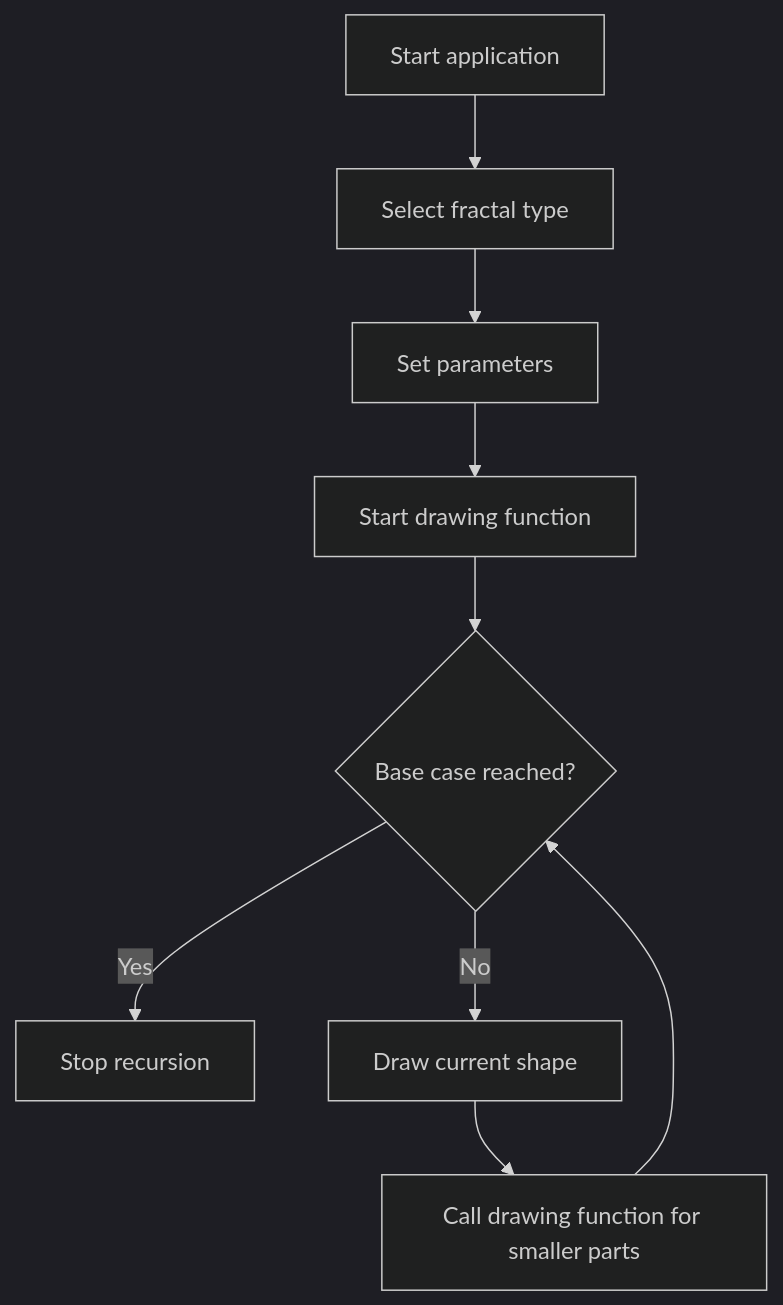
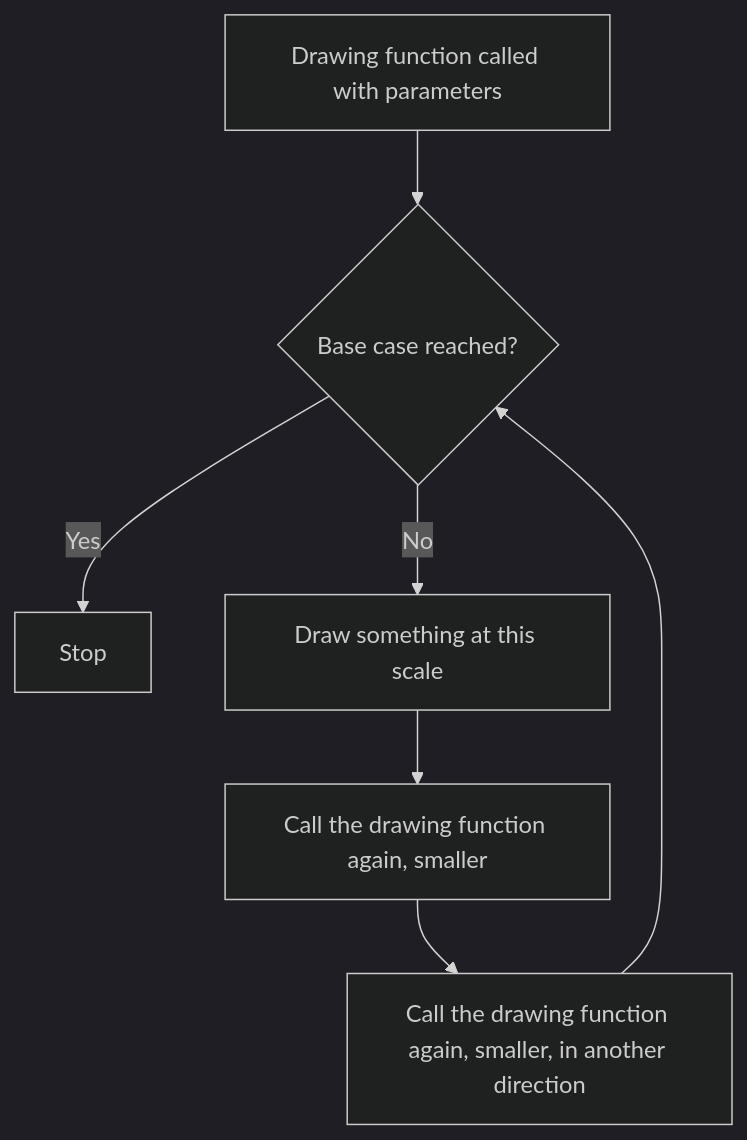
Before and after one commit to rmalkevy/Programming-Practice-Projects: the diagram in labs/lab-08-fractal-generator.md, drawn with Mermaid (dark theme). The commit also changed other lines of this file and 3 other files, not shown here.

````diff
--- a/labs/lab-08-fractal-generator.md
+++ b/labs/lab-08-fractal-generator.md
@@ -37,11 +48,9 @@
 ```mermaid
 flowchart TD
-    A[Start application] --> B[Select fractal type]
-    B --> C[Set parameters]
-    C --> D[Start drawing function]
-    D --> E{Base case reached?}
-    E -- Yes --> F[Stop recursion]
-    E -- No --> G[Draw current shape]
-    G --> H[Call drawing function for smaller parts]
-    H --> E
+    A[Drawing function called with parameters] --> B{Base case reached?}
+    B -- Yes --> C[Stop]
+    B -- No --> D[Draw something at this scale]
+    D --> E[Call the drawing function again, smaller]
+    E --> F[Call the drawing function again, smaller, in another direction]
+    F --> B
 ```
````
